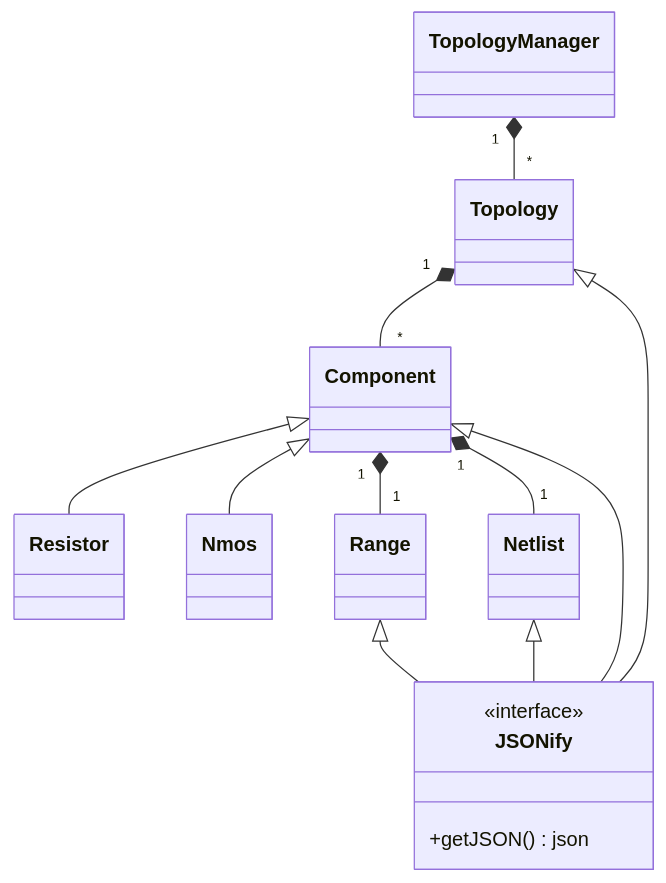
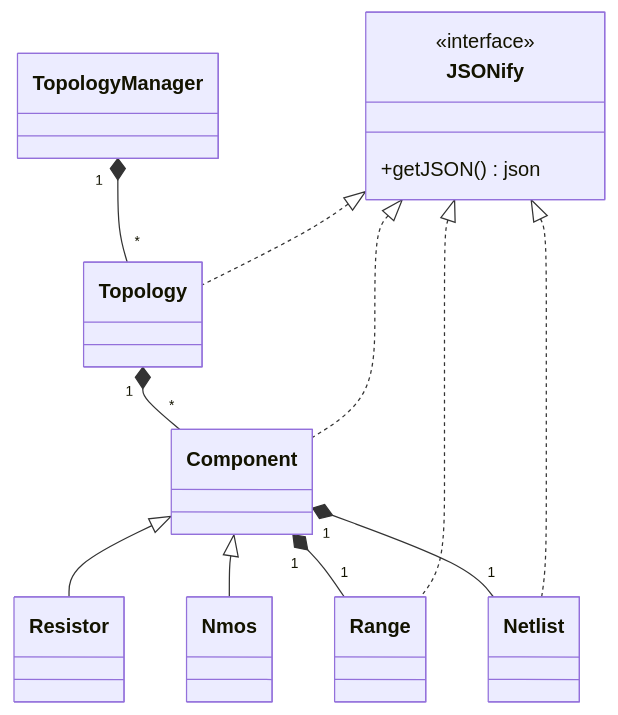
The diagram in README.md (Abdullah0sama/topology_api), drawn with Mermaid before and after one commit.

Commit message:
Using dotted line to implementing of interface

````diff
--- a/README.md
+++ b/README.md
@@ -5,18 +5,18 @@
 ```mermaid
   classDiagram
 
     Component <|-- Resistor
     Component <|-- Nmos
     Component "1" *-- "1" Range
     Component "1" *-- "1" Netlist
     Topology "1" *-- "*" Component
     TopologyManager "1" *-- "*" Topology
 
     class JSONify
     <<interface>> JSONify
     JSONify : +getJSON() json
-    Component <|-- JSONify
-    Topology <|-- JSONify
-    Range <|-- JSONify
-    Netlist <|-- JSONify
+    JSONify <|.. Netlist
+    JSONify <|.. Range
+    JSONify <|.. Component
+    JSONify <|.. Topology
 ```
````
